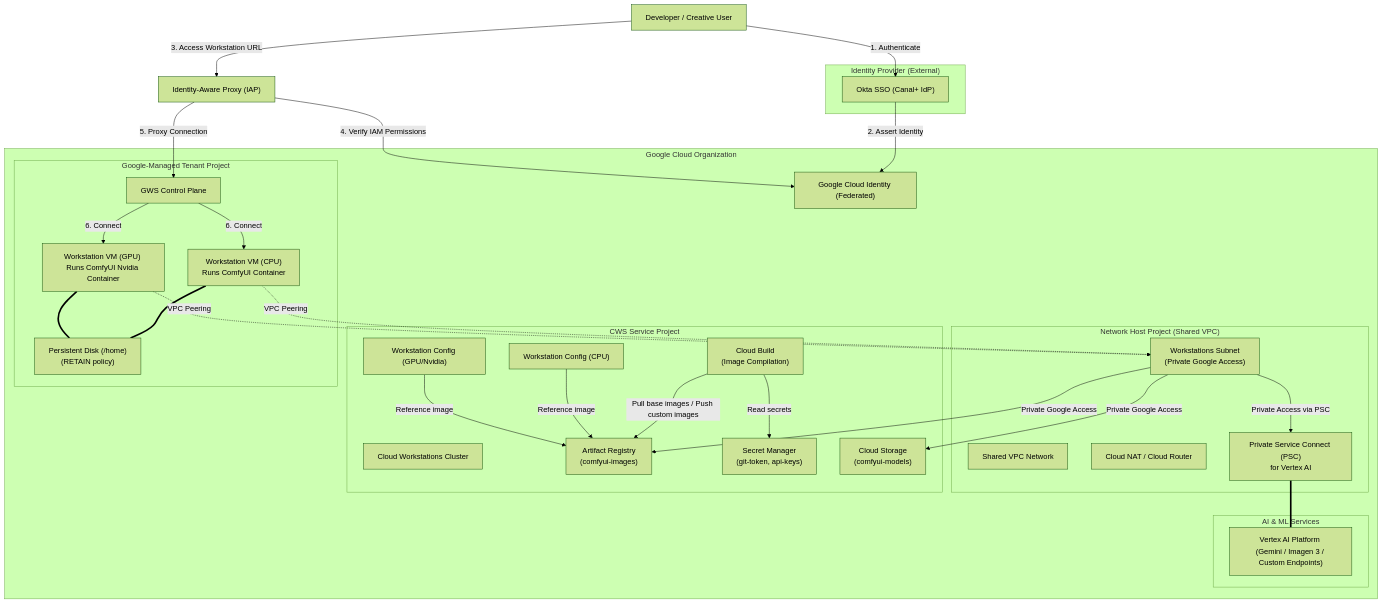
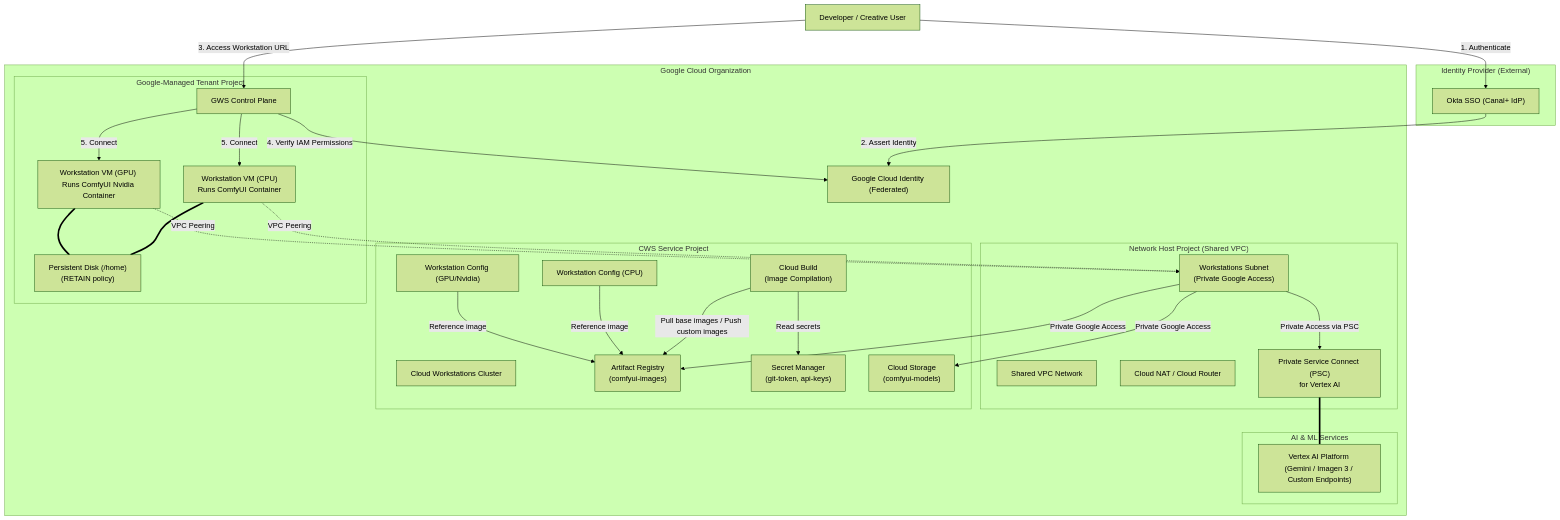
One commit to massinissasml-google/accelerated-platforms changed the diagram in docs/platforms/cws/images/reference-architecture.md. Above: the diagram before and after it, drawn with Mermaid (forest theme). The commit also changed other lines of this file, not shown here.

````diff
--- a/docs/platforms/cws/images/reference-architecture.md
+++ b/docs/platforms/cws/images/reference-architecture.md
@@ -9,66 +9,65 @@
 ```mermaid
 graph TB
     subgraph External_Identity ["Identity Provider (External)"]
         Okta["Okta SSO (Canal+ IdP)"]
     end
 
     subgraph GCP_Org ["Google Cloud Organization"]
         CloudIdentity["Google Cloud Identity (Federated)"]
         
         subgraph Host_Project ["Network Host Project (Shared VPC)"]
             SharedVPC["Shared VPC Network"]
             Subnet["Workstations Subnet <br>(Private Google Access)"]
             CloudNAT["Cloud NAT / Cloud Router"]
             PSC_Vertex["Private Service Connect (PSC)<br>for Vertex AI"]
         end
 
         subgraph Service_Project ["CWS Service Project"]
             GWS_Cluster["Cloud Workstations Cluster"]
             GWS_Config_CPU["Workstation Config (CPU)"]
             GWS_Config_GPU["Workstation Config (GPU/Nvidia)"]
             
             AR["Artifact Registry <br>(comfyui-images)"]
             SecretManager["Secret Manager <br>(git-token, api-keys)"]
             CloudBuild["Cloud Build <br>(Image Compilation)"]
             GCS_Models["Cloud Storage <br>(comfyui-models)"]
         end
 
         subgraph Tenant_Project ["Google-Managed Tenant Project"]
             GWS_ControlPlane["GWS Control Plane"]
             GWS_VM_CPU["Workstation VM (CPU) <br>Runs ComfyUI Container"]
             GWS_VM_GPU["Workstation VM (GPU) <br>Runs ComfyUI Nvidia Container"]
             PD_User["Persistent Disk (/home) <br>(RETAIN policy)"]
         end
         
         subgraph AI_Services ["AI & ML Services"]
             VertexAI["Vertex AI Platform <br>(Gemini / Imagen 3 / Custom Endpoints)"]
         end
     end
 
     %% User Access Flow
     User["Developer / Creative User"] -->|1. Authenticate| Okta
     Okta -->|2. Assert Identity| CloudIdentity
-    User -->|3. Access Workstation URL| IAP["Identity-Aware Proxy (IAP)"]
-    IAP -->|4. Verify IAM Permissions| CloudIdentity
-    IAP -->|5. Proxy Connection| GWS_ControlPlane
-    GWS_ControlPlane -->|6. Connect| GWS_VM_CPU
-    GWS_ControlPlane -->|6. Connect| GWS_VM_GPU
+    User -->|3. Access Workstation URL| GWS_ControlPlane
+    GWS_ControlPlane -->|4. Verify IAM Permissions| CloudIdentity
+    GWS_ControlPlane -->|5. Connect| GWS_VM_CPU
+    GWS_ControlPlane -->|5. Connect| GWS_VM_GPU
 
     %% Network & Peering
     GWS_VM_CPU -.->|VPC Peering| Subnet
     GWS_VM_GPU -.->|VPC Peering| Subnet
     GWS_VM_CPU === PD_User
     GWS_VM_GPU === PD_User
 
     %% Service Connections
     Subnet -->|Private Google Access| GCS_Models
     Subnet -->|Private Google Access| AR
     Subnet -->|Private Access via PSC| PSC_Vertex
     PSC_Vertex === VertexAI
     
     %% CI/CD flow
     CloudBuild -->|Pull base images / Push custom images| AR
     CloudBuild -->|Read secrets| SecretManager
     GWS_Config_CPU -->|Reference image| AR
     GWS_Config_GPU -->|Reference image| AR
 ```
````
